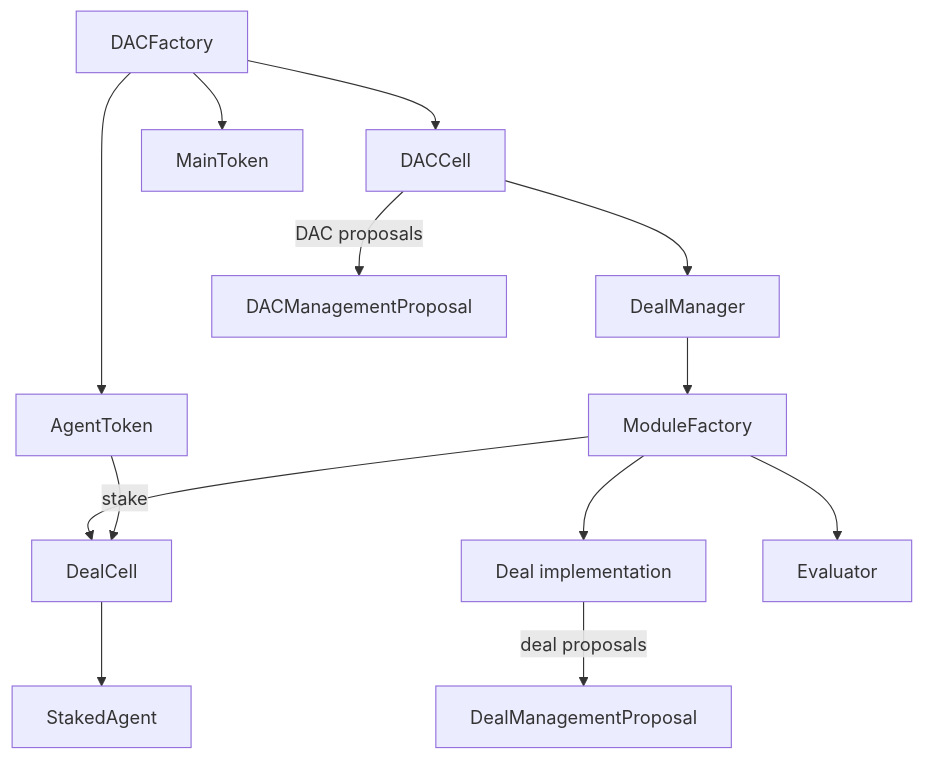
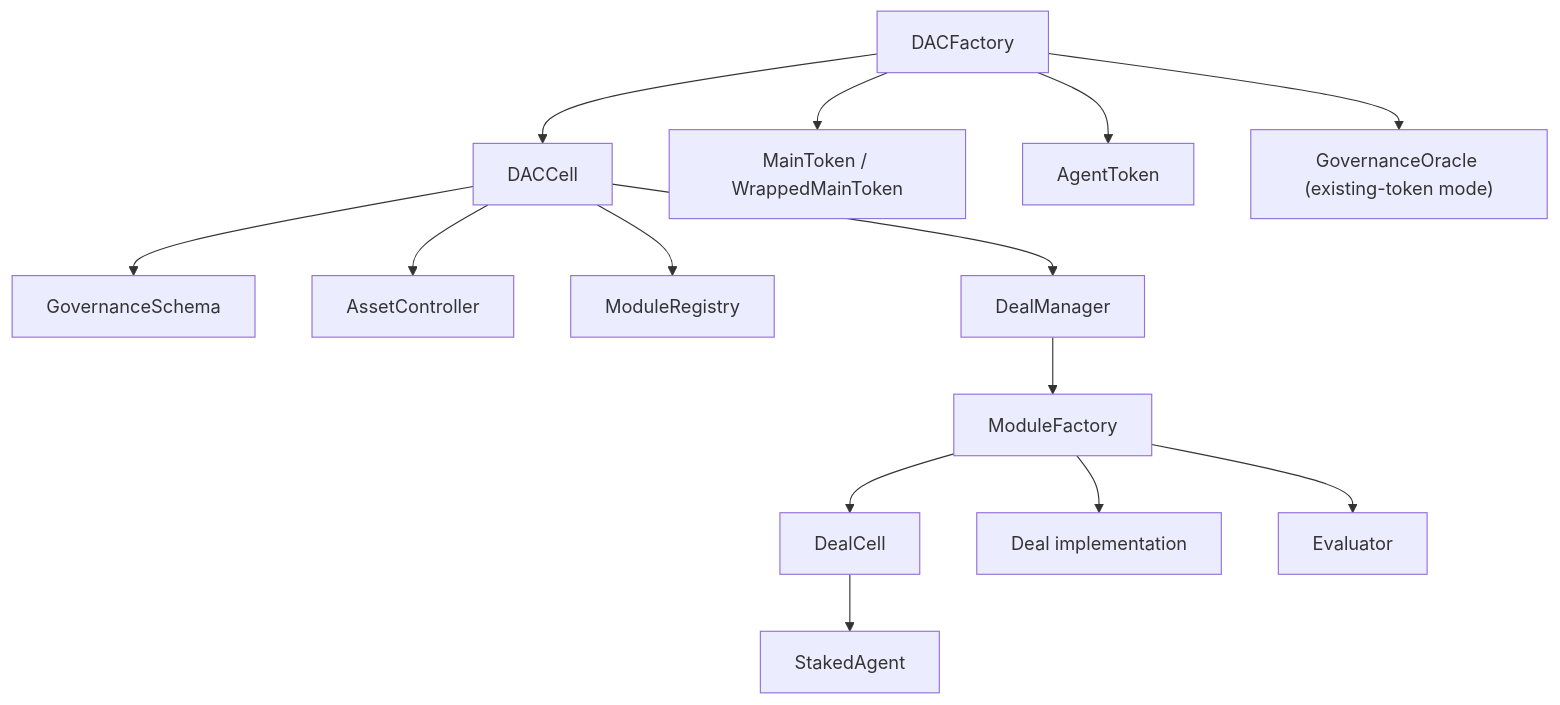
Before and after one commit to DAC-cloud/dac-cloud-contracts: the diagram in docs/contracts.md, drawn with Mermaid. The commit also changed other lines of this file and 14 other files, not shown here.

Commit message:
documents and seeding scripts for new flows

````diff
--- a/docs/contracts.md
+++ b/docs/contracts.md
@@ -11,17 +9,19 @@
 ```mermaid
 flowchart TB
     Factory["DACFactory"] --> Cell["DACCell"]
-    Factory --> Main["MainToken"]
+    Factory --> Main["MainToken / WrappedMainToken"]
     Factory --> Agent["AgentToken"]
+    Factory --> Oracle["GovernanceOracle (existing-token mode)"]
+
+    Cell --> Schema["GovernanceSchema"]
+    Cell --> Assets["AssetController"]
+    Cell --> Modules["ModuleRegistry"]
     Cell --> Manager["DealManager"]
 
     Manager --> Module["ModuleFactory"]
     Module --> DealCell["DealCell"]
     Module --> Deal["Deal implementation"]
-    Module --> Eval["Evaluator"]
+    Module --> Evaluator["Evaluator"]
 
-    Agent -->|"stake"| DealCell
     DealCell --> Stake["StakedAgent"]
-    Cell -->|"DAC proposals"| DACGov["DACManagementProposal"]
-    Deal -->|"deal proposals"| DealGov["DealManagementProposal"]
 ```
````
